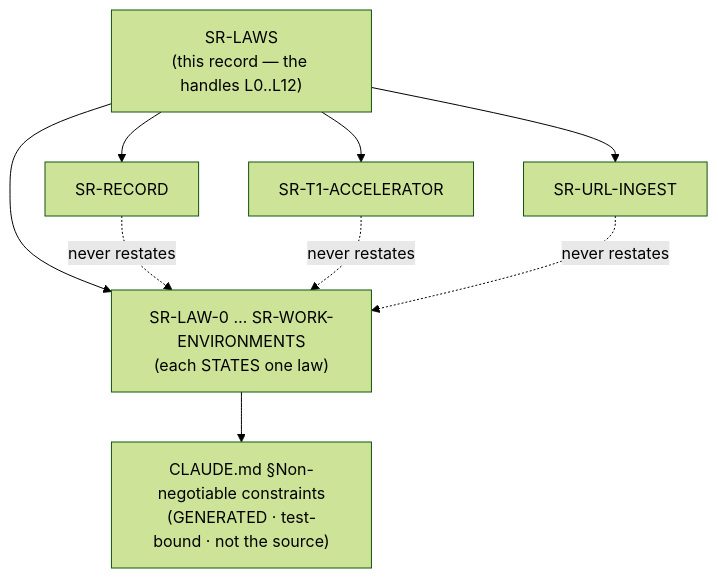
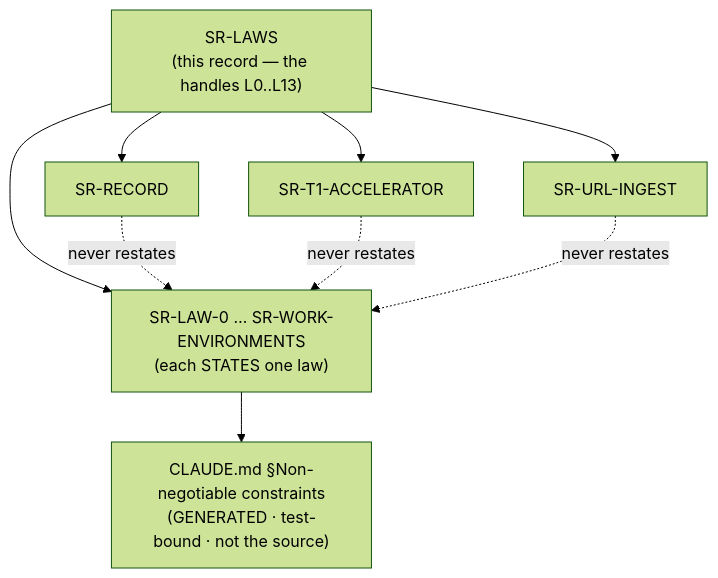
Before and after one commit to arpitarya/fux: the diagram in records/0001_LAWS.md, drawn with Mermaid (forest theme). The commit also changed other lines of this file and 35 other files, not shown here.

````diff
--- a/records/0001_LAWS.md
+++ b/records/0001_LAWS.md
@@ -82,17 +83,17 @@
 ```mermaid
 flowchart TD
-    N["SR-LAWS<br/>(this record — the handles L0..L12)"]
+    N["SR-LAWS<br/>(this record — the handles L0..L13)"]
     W["SR-LAW-0 … SR-WORK-ENVIRONMENTS<br/>(each STATES one law)"]
     L["CLAUDE.md §Non-negotiable constraints<br/>(GENERATED · test-bound · not the source)"]
     A["SR-RECORD"]
     B["SR-T1-ACCELERATOR"]
     C["SR-URL-INGEST"]
     N --> W
     W --> L
     N --> A
     N --> B
     N --> C
     A -. "never restates" .-> W
     B -. "never restates" .-> W
     C -. "never restates" .-> W
 ```
````
